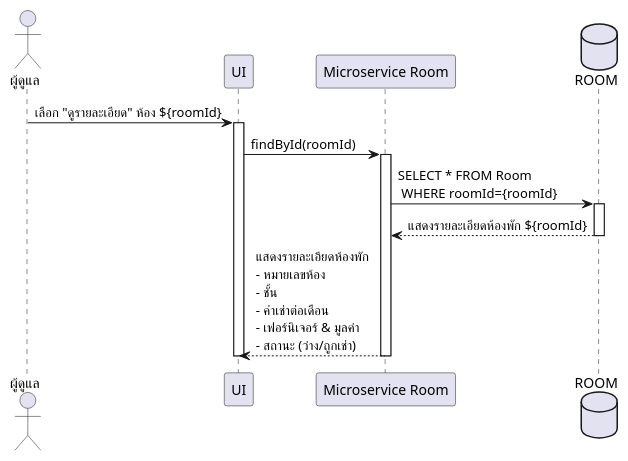
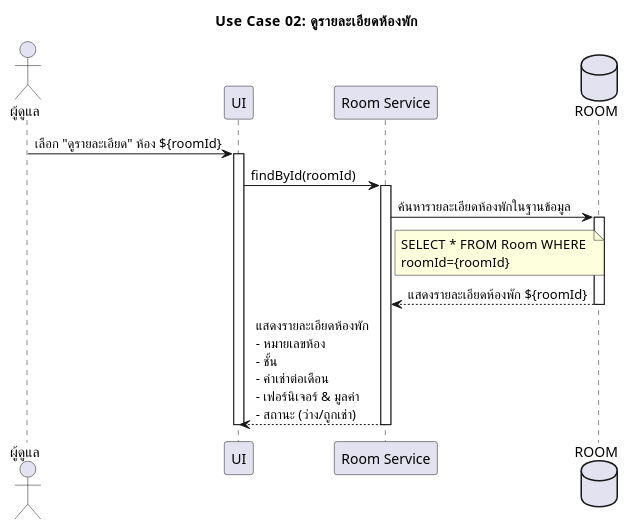
The diagram in UseCase02_room_detail.plantuml (warinyang/UML-monthly-room-rent), drawn with PlantUML before and after one commit. The commit also changed other lines of this file, not shown here.

```diff
--- a/UseCase02_room_detail.plantuml
+++ b/UseCase02_room_detail.plantuml
@@ -3,20 +1,26 @@
-@startuml
+@startuml Use Case 02: ดูรายละเอียดห้องพัก
 skinparam defaultFontName "TH Sarabun New"
-
+title Use Case 02: ดูรายละเอียดห้องพัก
 actor "ผู้ดูแล" as Admin
 participant "UI" as UI
-participant "Microservice Room" as  MSROOM
+participant "Room Service" as  MSROOM
 database    ROOM    as Room
 
 Admin -> UI  : เลือก "ดูรายละเอียด" ห้อง ${roomId}
 activate UI
 UI -> MSROOM :findById(roomId)
 activate MSROOM
-MSROOM -> Room : SELECT * FROM Room \n WHERE roomId={roomId}
+MSROOM -> Room : ค้นหารายละเอียดห้องพักในฐานข้อมูล
+
+note right of MSROOM
+SELECT * FROM Room  WHERE 
+roomId={roomId}
+end note
+
 activate Room
 Room --> MSROOM: แสดงรายละเอียดห้องพัก ${roomId}
 deactivate Room
 MSROOM --> UI: แสดงรายละเอียดห้องพัก\n- หมายเลขห้อง\n- ชั้น\n- ค่าเช่าต่อเดือน\n- เฟอร์นิเจอร์ & มูลค่า\n- สถานะ (ว่าง/ถูกเช่า)
 deactivate MSROOM
 deactivate UI
 @enduml
```
